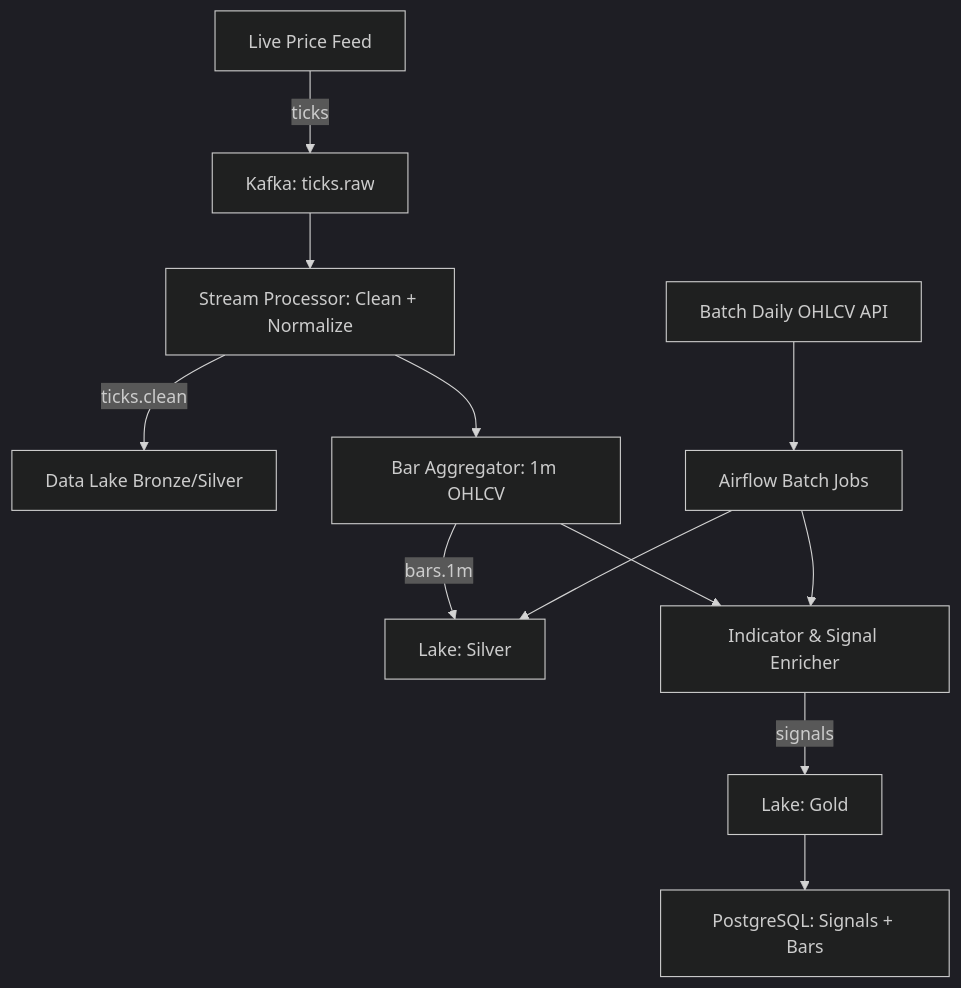
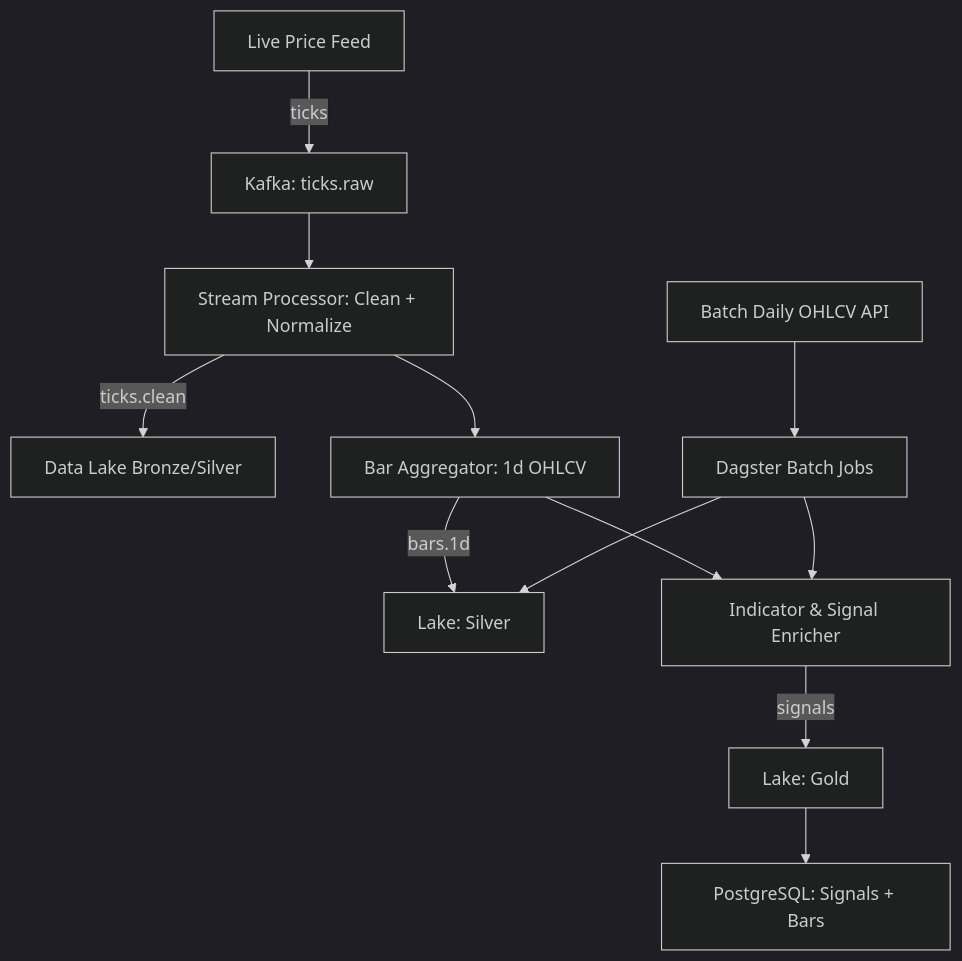
One commit to keegan-28/stock-ingest changed the diagram in README.md. Above: the diagram before and after it, drawn with Mermaid (dark theme). The commit also changed other lines of this file, not shown here.

````diff
--- a/README.md
+++ b/README.md
@@ -23,14 +22,14 @@
 ```mermaid
 flowchart TD
     A[Live Price Feed] -->|ticks| B[Kafka: ticks.raw]
     B --> C[Stream Processor: Clean + Normalize]
     C -->|ticks.clean| D[Data Lake Bronze/Silver]
-    C --> E[Bar Aggregator: 1m OHLCV]
-    E -->|bars.1m| F[Lake: Silver]
+    C --> E[Bar Aggregator: 1d OHLCV]
+    E -->|bars.1d| F[Lake: Silver]
     E --> G[Indicator & Signal Enricher]
     G -->|signals| H[Lake: Gold]
     H --> I[PostgreSQL: Signals + Bars]
-    J[Batch Daily OHLCV API] --> K[Airflow Batch Jobs]
+    J[Batch Daily OHLCV API] --> K[Dagster Batch Jobs]
     K --> F
     K --> G
 ```
````
